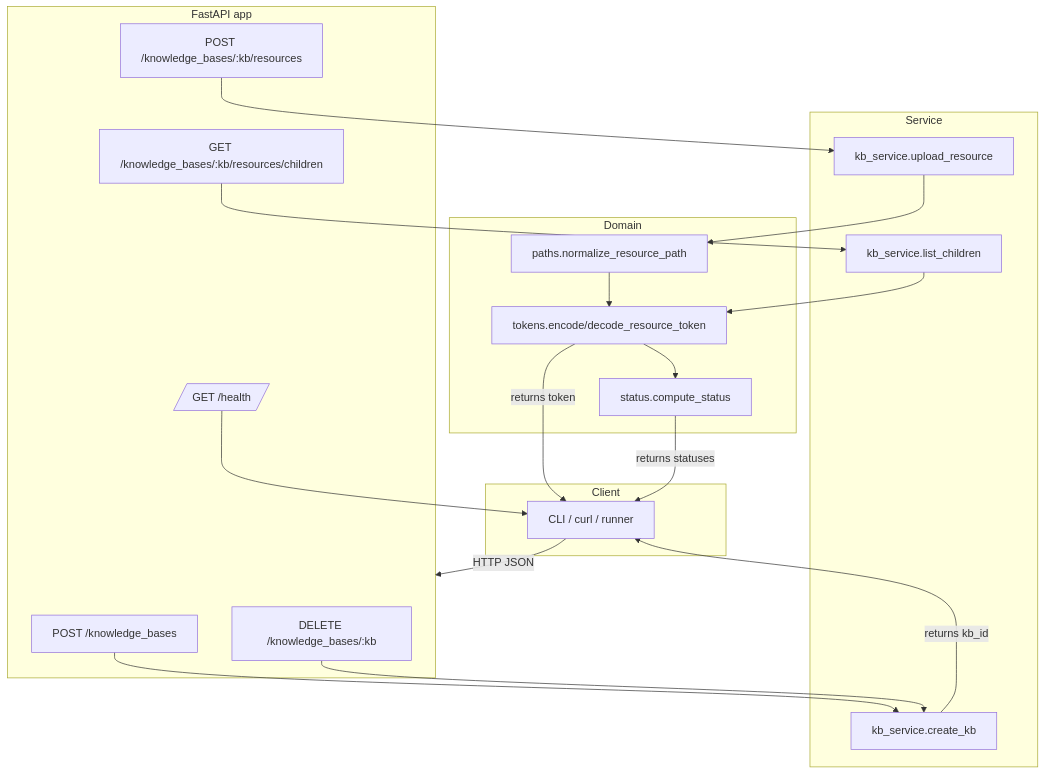
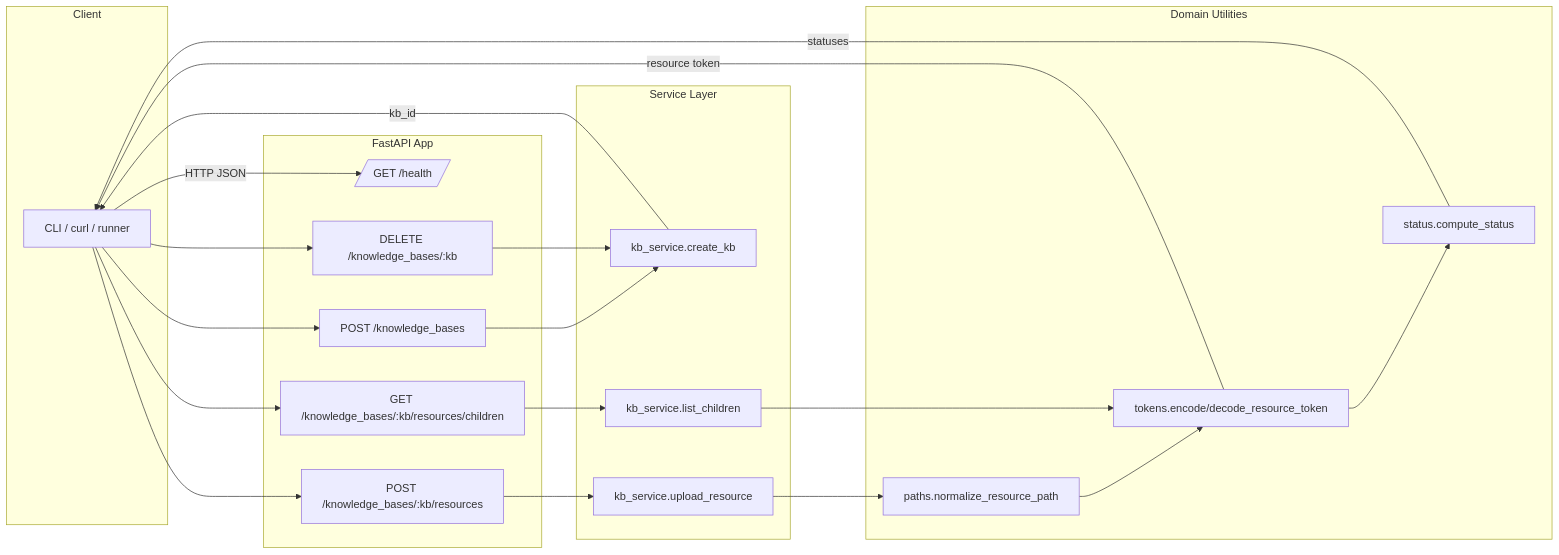
Before and after one commit to lKingslayer/mock-test: the diagram in README.md, drawn with Mermaid. The commit also changed other lines of this file, not shown here.

Commit message:
docs(README): reflect modular runner, retries/logging, improved Mermaid, updated env vars

````diff
--- a/README.md
+++ b/README.md
@@ -126,33 +132,35 @@
 ```mermaid
-flowchart TD
-  subgraph Client
-    C1[CLI / curl / runner]
+flowchart LR
+  %% Layout: left-to-right for readability
+
+  subgraph Client[Client]
+    CLI[CLI / curl / runner]
   end
 
-  subgraph API[FastAPI app]
+  subgraph API[FastAPI App]
+    H[/GET /health/]
     R1[POST /knowledge_bases]
     R2[POST /knowledge_bases/:kb/resources]
     R3[GET /knowledge_bases/:kb/resources/children]
     R4[DELETE /knowledge_bases/:kb]
-    H[/GET /health/]
   end
 
-  subgraph Service
+  subgraph Service[Service Layer]
     S1[kb_service.create_kb]
     S2[kb_service.upload_resource]
     S3[kb_service.list_children]
   end
 
-  subgraph Domain
+  subgraph Domain[Domain Utilities]
     D1[paths.normalize_resource_path]
     D2[tokens.encode/decode_resource_token]
     D3[status.compute_status]
   end
 
-  C1 -->|HTTP JSON| API
-  R1 --> S1 -->|returns kb_id| C1
-  R2 --> S2 --> D1 --> D2 -->|returns token| C1
-  R3 --> S3 --> D2 --> D3 -->|returns statuses| C1
-  R4 --> S1
-  H --> C1
+  %% Flows
+  CLI -->|HTTP JSON| H
+  CLI --> R1 --> S1 -->|kb_id| CLI
+  CLI --> R2 --> S2 --> D1 --> D2 -->|resource token| CLI
+  CLI --> R3 --> S3 --> D2 --> D3 -->|statuses| CLI
+  CLI --> R4 --> S1
 ```
````
